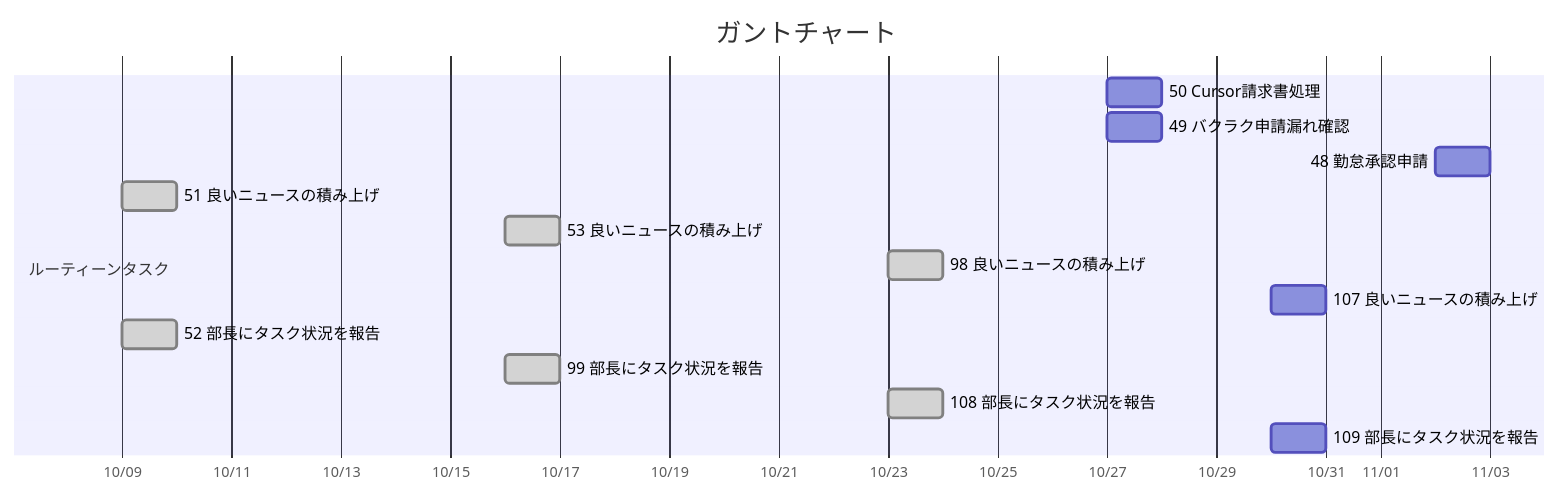
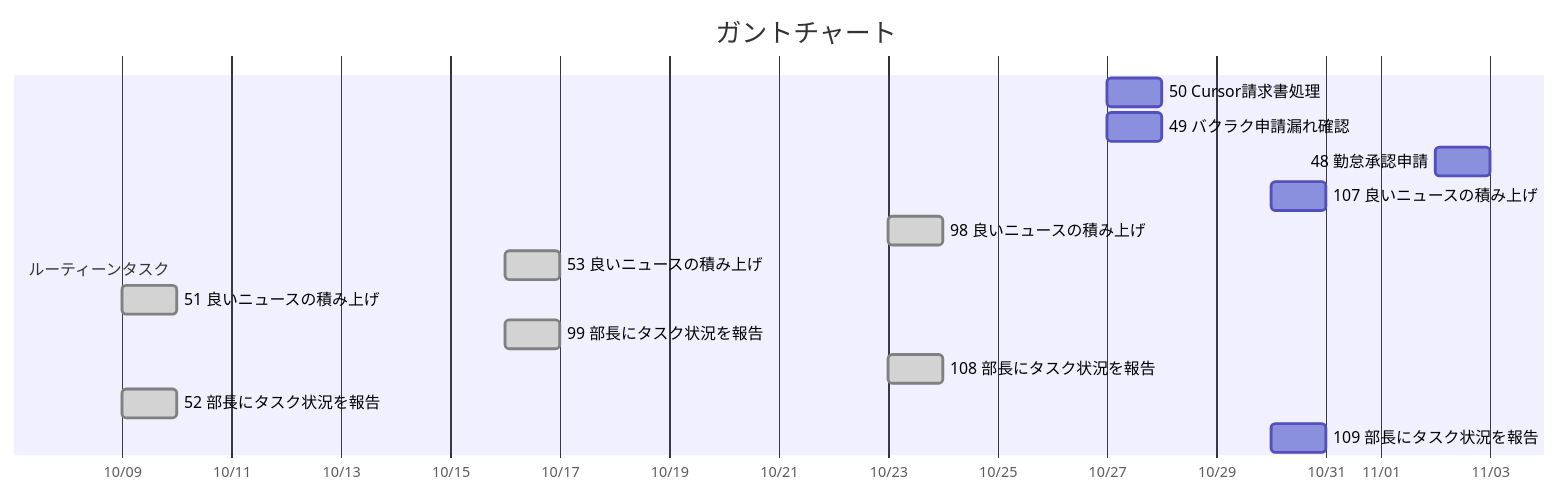
Before and after one commit to FLNYoshidaRyuta/task_management: the diagram in tasks/ガントチャート.md, drawn with Mermaid. The commit also changed 3 other files, not shown here.

````diff
--- a/tasks/ガントチャート.md
+++ b/tasks/ガントチャート.md
@@ -3,19 +3,19 @@
 ```mermaid
 %%{init: {'themeCSS': 'rect[id*=rel] { fill: #c2410c !important; stroke: #9a3412 !important; }'}}%%
 gantt
     title ガントチャート
     dateFormat YYYY-MM-DD
     axisFormat %m/%d
     section ルーティーンタスク
     50 Cursor請求書処理 :t1, 2026-10-27, 1d
     49 バクラク申請漏れ確認 :t2, 2026-10-27, 1d
     48 勤怠承認申請 :t3, 2026-11-02, 1d
-    51 良いニュースの積み上げ :done, t4, 2026-10-09, 1d
-    53 良いニュースの積み上げ :done, t5, 2026-10-16, 1d
-    98 良いニュースの積み上げ :done, t6, 2026-10-23, 1d
-    107 良いニュースの積み上げ :t7, 2026-10-30, 1d
-    52 部長にタスク状況を報告 :done, t8, 2026-10-09, 1d
-    99 部長にタスク状況を報告 :done, t9, 2026-10-16, 1d
-    108 部長にタスク状況を報告 :done, t10, 2026-10-23, 1d
+    107 良いニュースの積み上げ :t4, 2026-10-30, 1d
+    98 良いニュースの積み上げ :done, t5, 2026-10-23, 1d
+    53 良いニュースの積み上げ :done, t6, 2026-10-16, 1d
+    51 良いニュースの積み上げ :done, t7, 2026-10-09, 1d
+    99 部長にタスク状況を報告 :done, t8, 2026-10-16, 1d
+    108 部長にタスク状況を報告 :done, t9, 2026-10-23, 1d
+    52 部長にタスク状況を報告 :done, t10, 2026-10-09, 1d
     109 部長にタスク状況を報告 :t11, 2026-10-30, 1d
 ```
````
